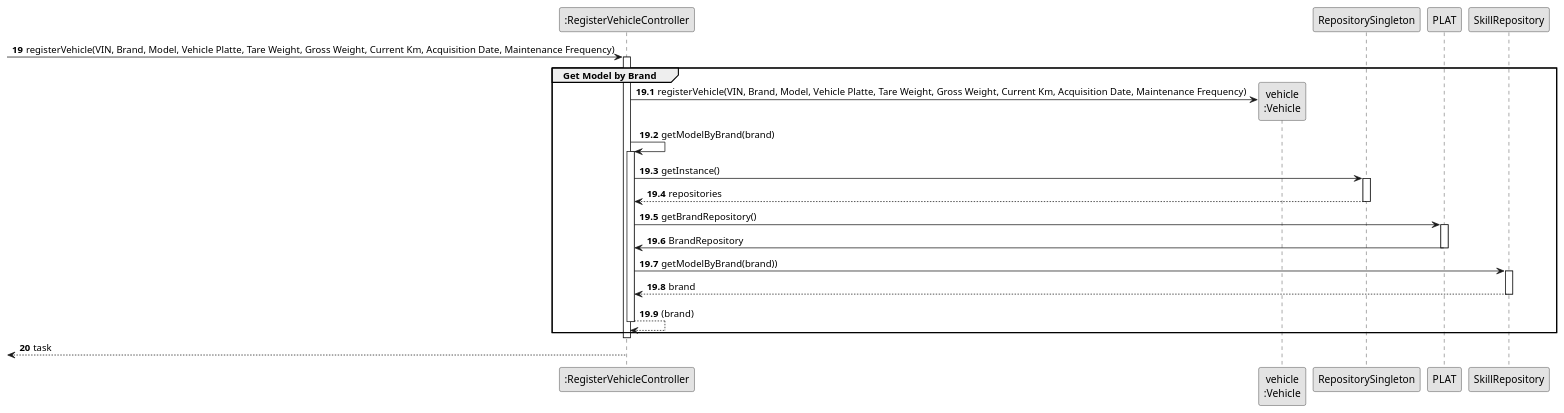
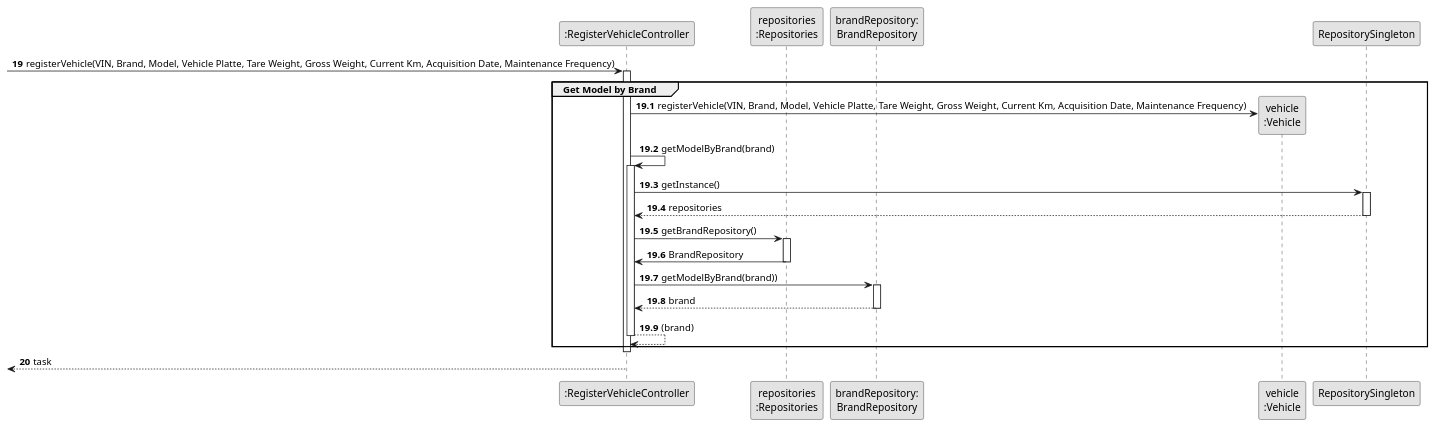
The diagram in docs/sprintB/us006/03.design/puml/us006-sequence-diagram-partial-get-model-by-brand.puml (ricardomm7/leaflink), drawn with PlantUML before and after one commit. The commit also changed 16 other files, not shown here.

```diff
--- a/docs/sprintB/us006/03.design/puml/us006-sequence-diagram-partial-get-model-by-brand.puml
+++ b/docs/sprintB/us006/03.design/puml/us006-sequence-diagram-partial-get-model-by-brand.puml
@@ -1,51 +1,53 @@
 @startuml
 skinparam monochrome true
 skinparam packageStyle rectangle
 skinparam shadowing false
 
 participant ":RegisterVehicleController" as CTRL
+participant "repositories\n:Repositories" as PLAT
+participant "brandRepository:\nBrandRepository" as BrandRepository
 participant "vehicle\n:Vehicle" as VEI
 
 autonumber 19
 -> CTRL : registerVehicle(VIN, Brand, Model, Vehicle Platte, Tare Weight, Gross Weight, Current Km, Acquisition Date, Maintenance Frequency)
 
 autonumber 19.1
 activate CTRL
     group Get Model by Brand
 
         CTRL -> VEI**: registerVehicle(VIN, Brand, Model, Vehicle Platte, Tare Weight, Gross Weight, Current Km, Acquisition Date, Maintenance Frequency)
 
             CTRL -> CTRL : getModelByBrand(brand)
             activate CTRL
 
             CTRL -> RepositorySingleton : getInstance()
             activate RepositorySingleton
 
             RepositorySingleton --> CTRL: repositories
             deactivate RepositorySingleton
 
             CTRL -> PLAT : getBrandRepository()
             activate PLAT
 
             PLAT -> CTRL : BrandRepository
              deactivate PLAT
 
-             CTRL -> SkillRepository : getModelByBrand(brand))
-             activate SkillRepository
+             CTRL -> BrandRepository : getModelByBrand(brand))
+             activate BrandRepository
 
-             SkillRepository --> CTRL : brand
-             deactivate SkillRepository
+             BrandRepository --> CTRL : brand
+             deactivate BrandRepository
 
         CTRL --> CTRL : (brand)
         deactivate CTRL
 
 
     end
     deactivate CTRL
 
     autonumber 20
     <-- CTRL : task
 deactivate CTRL
 
 
 @enduml
```
